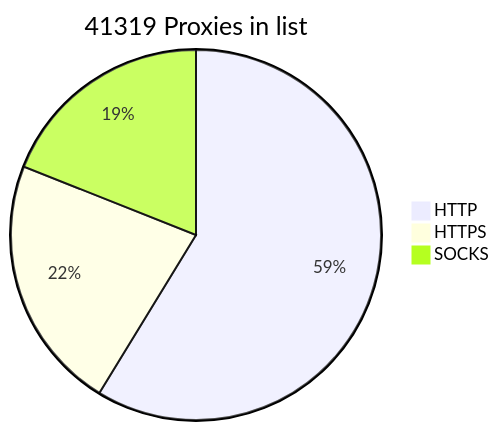
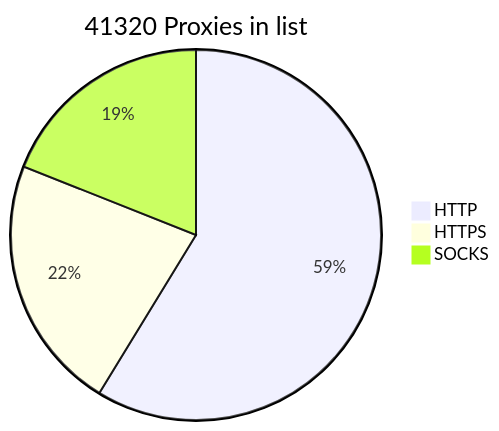
The diagram in README.md (BlackSnowDot/proxylist-update-every-minute), drawn with Mermaid before and after one commit.

````diff
--- a/README.md
+++ b/README.md
@@ -2,6 +2,6 @@
 ```mermaid
-pie title 41319 Proxies in list
+pie title 41320 Proxies in list
     "HTTP" : 28474
-    "HTTPS": 10800
+    "HTTPS": 10801
     "SOCKS" : 9203
 ```
````
